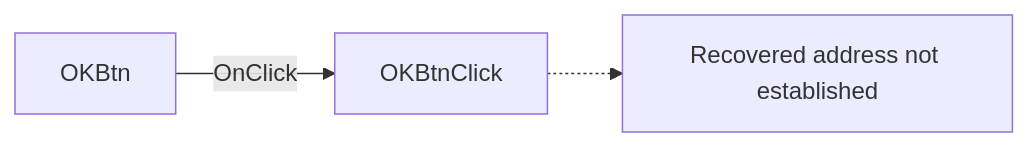
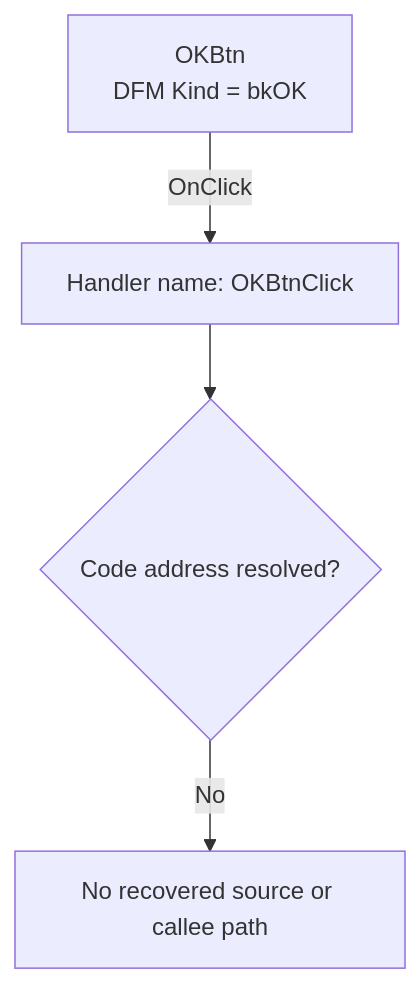
One commit to MovGP0/TIARA changed the diagram in docs/ui-controls/pagesetupdlg/okbtn-4818b0df58.md. Above: the diagram before and after it, drawn with Mermaid. The commit also changed other lines of this file and 1062 other files, not shown here.

````diff
--- a/docs/ui-controls/pagesetupdlg/okbtn-4818b0df58.md
+++ b/docs/ui-controls/pagesetupdlg/okbtn-4818b0df58.md
@@ -27,5 +37,6 @@
 ```mermaid
-flowchart LR
-    control["OKBtn"] -->|OnClick| handler["OKBtnClick"]
-    handler -.-> unresolved["Recovered address not established"]
+flowchart TD
+    control["OKBtn<br/>DFM Kind = bkOK"] -->|"OnClick"| binding["Handler name: OKBtnClick"]
+    binding --> address{"Code address resolved?"}
+    address -->|"No"| gap["No recovered source or callee path"]
 ```
````
